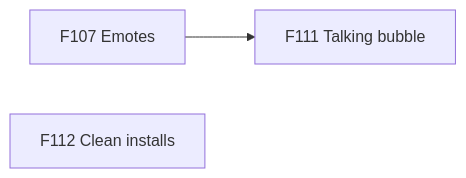
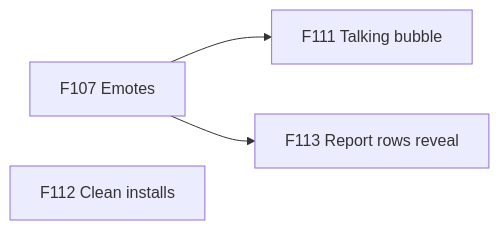
The tenth of 10 diagrams in .planning/ROADMAP.md (TheBlueMuzzy/framework), drawn with Mermaid before and after one commit. The commit also changed other lines of this file and 2 other files, not shown here.

Commit message:
Sprint 29: pull in F113 — report rows one at a time (Goops F41 payslip)

````diff
--- a/.planning/ROADMAP.md
+++ b/.planning/ROADMAP.md
@@ -261,5 +262,6 @@
 ```mermaid
 flowchart LR
   F107[F107 Emotes] --> F111[F111 Talking bubble]
   F112[F112 Clean installs]
+  F107 --> F113[F113 Report rows reveal]
 ```
````
